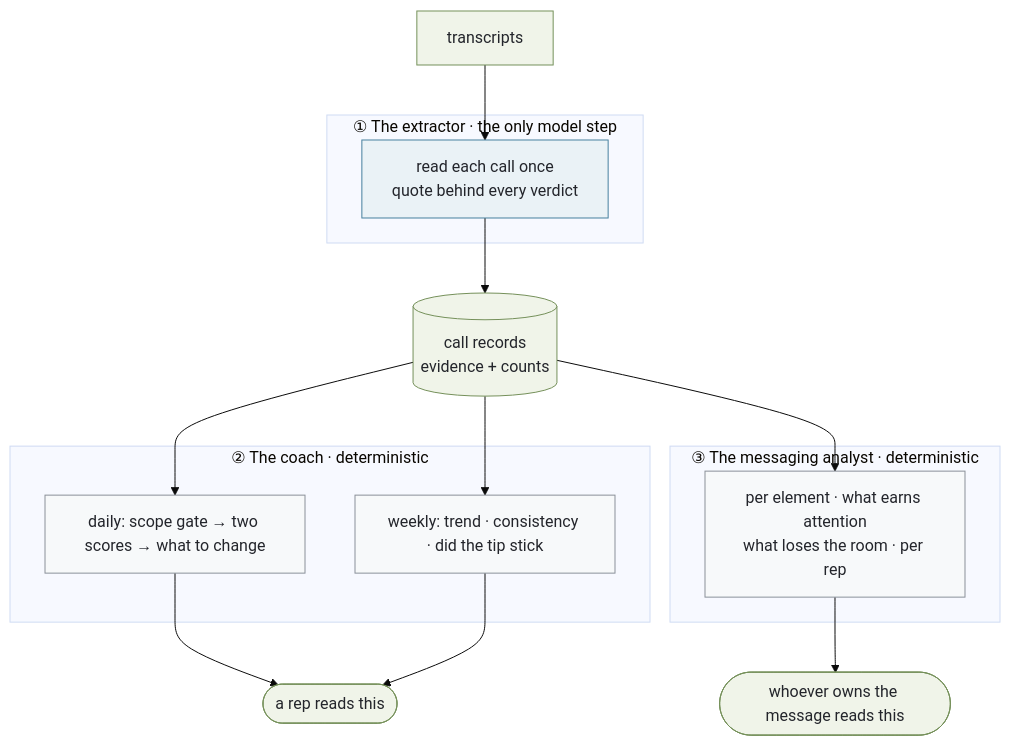
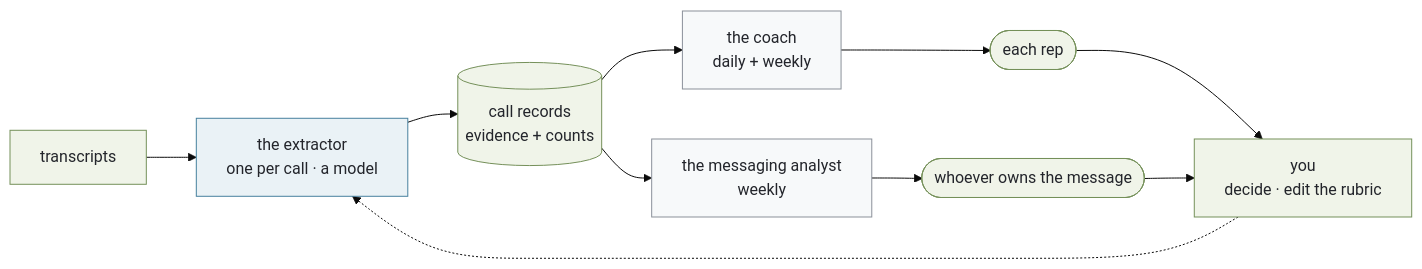
The first of 2 diagrams in README.md (barbararomeira/evidence-scored-call-review), drawn with Mermaid (base theme) before and after one commit. The commit also changed other lines of this file, not shown here.

Commit message:
Simplify the agents section to the runs/model/purpose/reads/produces table
Four rows including "you" — the human is part of the loop, not an afterthought,
and the row that says so is the one showing rubric/ is the only file that
changes what any of this measures.

````diff
--- a/README.md
+++ b/README.md
@@ -47,34 +36,19 @@
 ```mermaid
-flowchart TD
-    T[transcripts] --> A1
-
-    subgraph ONE["① The extractor · the only model step"]
-      A1[read each call once<br/>quote behind every verdict]
-    end
-
+flowchart LR
+    T[transcripts] --> A1[the extractor<br/>one per call · a model]
     A1 --> R[(call records<br/>evidence + counts)]
-
-    subgraph TWO["② The coach · deterministic"]
-      D1[daily: scope gate → two scores → what to change]
-      W1[weekly: trend · consistency · did the tip stick]
-    end
-
-    subgraph THREE["③ The messaging analyst · deterministic"]
-      W2[per element · what earns attention<br/>what loses the room · per rep]
-    end
-
-    R --> D1
-    R --> W1
-    R --> W2
-
-    D1 --> O1([a rep reads this])
-    W1 --> O1
-    W2 --> O2([whoever owns the message reads this])
+    R --> C[the coach<br/>daily + weekly]
+    R --> M[the messaging analyst<br/>weekly]
+    C --> O1([each rep])
+    M --> O2([whoever owns the message])
+    O1 --> Y[you<br/>decide · edit the rubric]
+    O2 --> Y
+    Y -.-> A1
 
     classDef llm fill:#EAF2F6,stroke:#47809E,color:#23252B
     classDef python fill:#F7F9FA,stroke:#8A9099,color:#23252B
     classDef io fill:#F0F4E9,stroke:#75905A,color:#23252B
     class A1 llm
-    class D1,W1,W2 python
-    class T,R,O1,O2 io
+    class C,M python
+    class T,R,O1,O2,Y io
 ```
````
